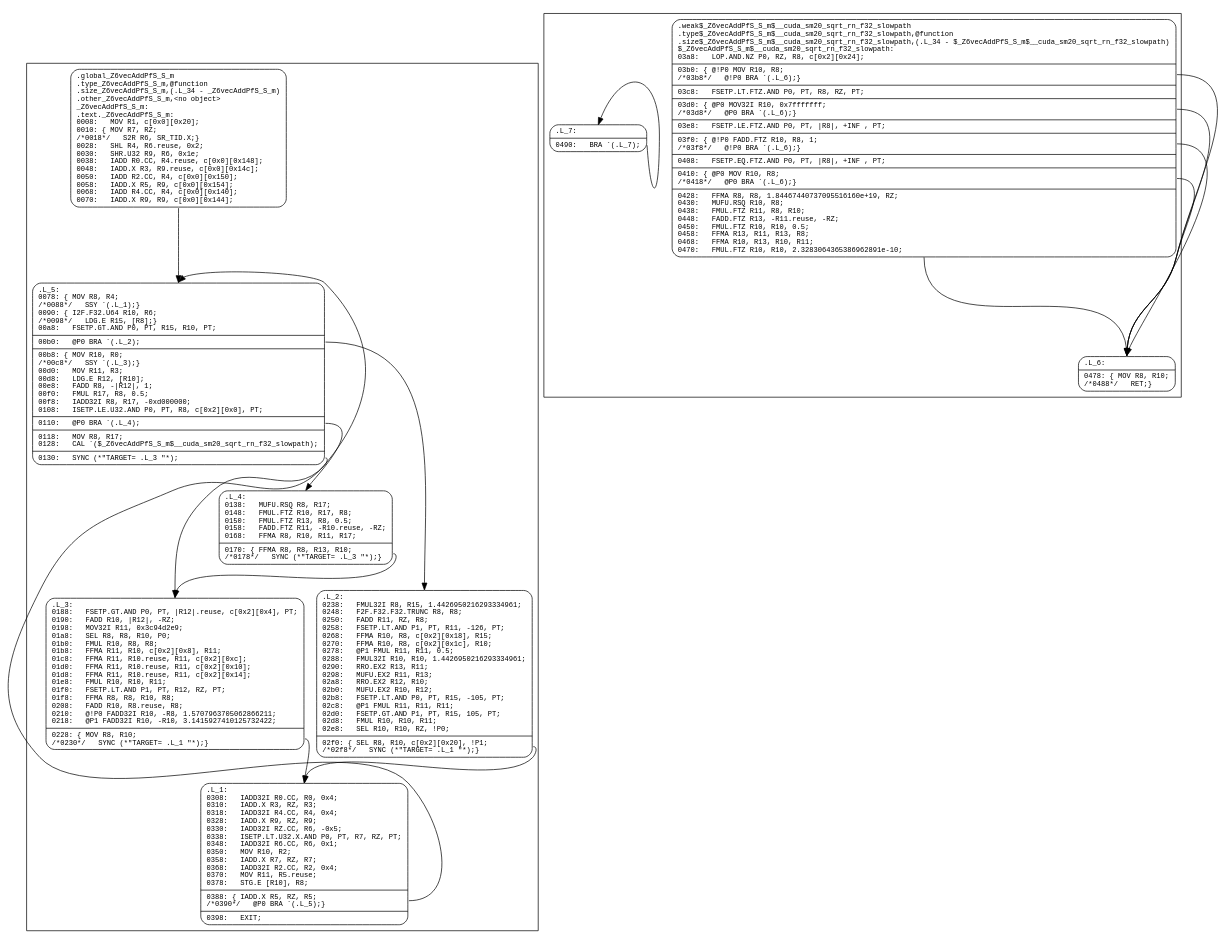
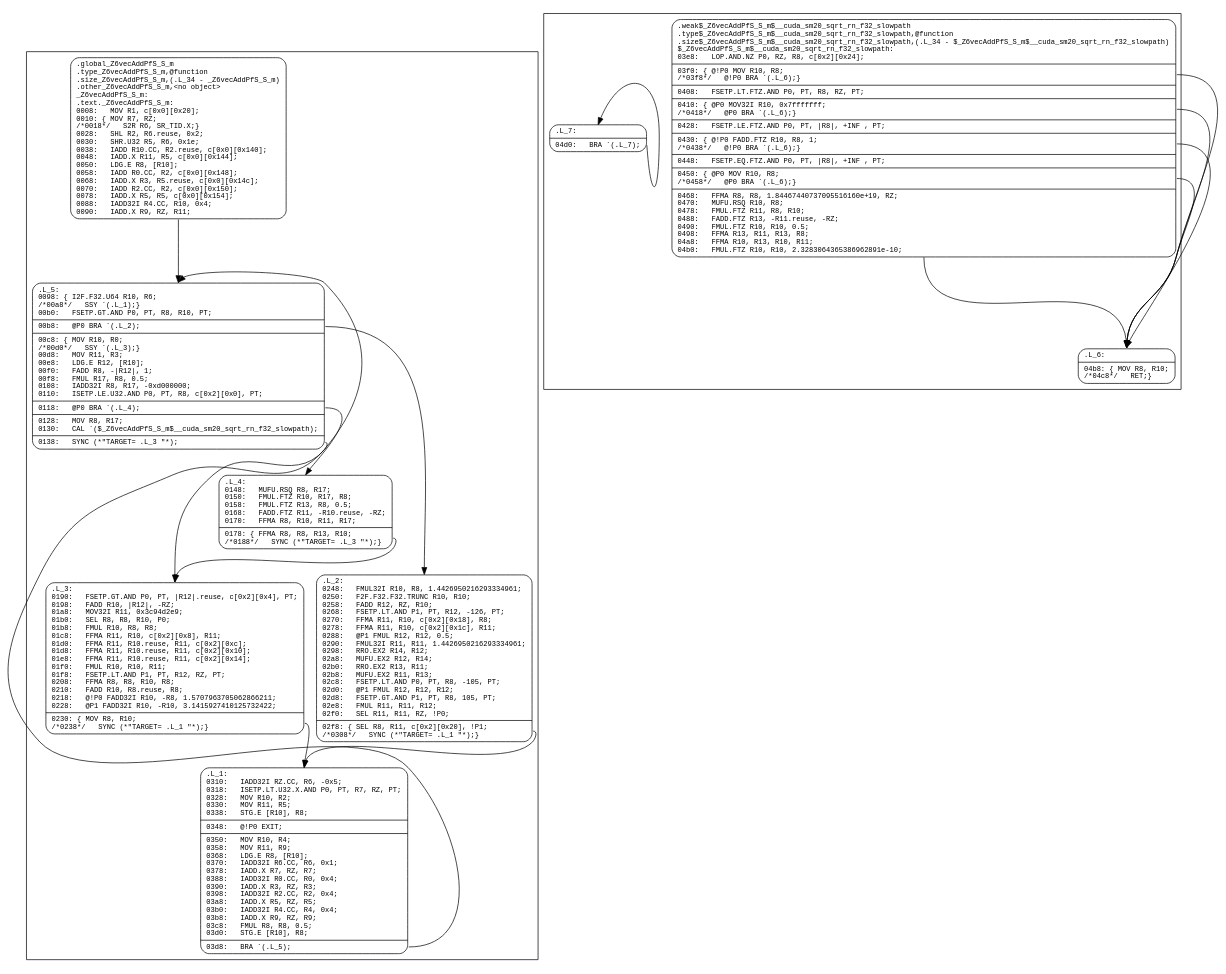
One commit to Jokeren/hpctoolkit-gpu-samples changed the diagram in utils/read_graphviz/data/loop4.dot. Above: the diagram before and after it, drawn with Graphviz. The commit also changed 1 other file, not shown here.

```diff
--- a/utils/read_graphviz/data/loop4.dot
+++ b/utils/read_graphviz/data/loop4.dot
@@ -1,47 +1,47 @@
 digraph f {
 subgraph "cluster__Z6vecAddPfS_S_m" {
 node [fontname="Courier",fontsize=10,shape=Mrecord];
 "_Z6vecAddPfS_S_m"
-[label="{<entry>	.global		_Z6vecAddPfS_S_m\l	.type		_Z6vecAddPfS_S_m,@function\l	.size		_Z6vecAddPfS_S_m,(.L_34\ -\ _Z6vecAddPfS_S_m)\l	.other		_Z6vecAddPfS_S_m,\<no\ object\>\l_Z6vecAddPfS_S_m:\l.text._Z6vecAddPfS_S_m:\l0008:\ \ \ MOV\ R1,\ c\[0x0\]\[0x20\];\l0010:\ \{\ MOV\ R7,\ RZ;\l/*0018*/\ \ \ S2R\ R6,\ SR_TID.X;\}\l0028:\ \ \ SHL\ R4,\ R6.reuse,\ 0x2;\l0030:\ \ \ SHR.U32\ R9,\ R6,\ 0x1e;\l0038:\ \ \ IADD\ R0.CC,\ R4.reuse,\ c\[0x0\]\[0x148\];\l0048:\ \ \ IADD.X\ R3,\ R9.reuse,\ c\[0x0\]\[0x14c\];\l0050:\ \ \ IADD\ R2.CC,\ R4,\ c\[0x0\]\[0x150\];\l0058:\ \ \ IADD.X\ R5,\ R9,\ c\[0x0\]\[0x154\];\l0068:\ \ \ IADD\ R4.CC,\ R4,\ c\[0x0\]\[0x140\];\l0070:\ \ \ IADD.X\ R9,\ R9,\ c\[0x0\]\[0x144\];\l}"]
+[label="{<entry>	.global		_Z6vecAddPfS_S_m\l	.type		_Z6vecAddPfS_S_m,@function\l	.size		_Z6vecAddPfS_S_m,(.L_34\ -\ _Z6vecAddPfS_S_m)\l	.other		_Z6vecAddPfS_S_m,\<no\ object\>\l_Z6vecAddPfS_S_m:\l.text._Z6vecAddPfS_S_m:\l0008:\ \ \ MOV\ R1,\ c\[0x0\]\[0x20\];\l0010:\ \{\ MOV\ R7,\ RZ;\l/*0018*/\ \ \ S2R\ R6,\ SR_TID.X;\}\l0028:\ \ \ SHL\ R2,\ R6.reuse,\ 0x2;\l0030:\ \ \ SHR.U32\ R5,\ R6,\ 0x1e;\l0038:\ \ \ IADD\ R10.CC,\ R2.reuse,\ c\[0x0\]\[0x140\];\l0048:\ \ \ IADD.X\ R11,\ R5,\ c\[0x0\]\[0x144\];\l0050:\ \ \ LDG.E\ R8,\ \[R10\];\l0058:\ \ \ IADD\ R0.CC,\ R2,\ c\[0x0\]\[0x148\];\l0068:\ \ \ IADD.X\ R3,\ R5.reuse,\ c\[0x0\]\[0x14c\];\l0070:\ \ \ IADD\ R2.CC,\ R2,\ c\[0x0\]\[0x150\];\l0078:\ \ \ IADD.X\ R5,\ R5,\ c\[0x0\]\[0x154\];\l0088:\ \ \ IADD32I\ R4.CC,\ R10,\ 0x4;\l0090:\ \ \ IADD.X\ R9,\ RZ,\ R11;\l}"]
 "_Z6vecAddPfS_S_m":entry:s -> ".L_5":entry:n [style=solid];
 node [fontname="Courier",fontsize=10,shape=Mrecord];
 ".L_5"
-[label="{<entry>.L_5:\l0078:\ \{\ MOV\ R8,\ R4;\l/*0088*/\ \ \ SSY\ `(.L_1);\}\l0090:\ \{\ I2F.F32.U64\ R10,\ R6;\l/*0098*/\ \ \ LDG.E\ R15,\ \[R8\];\}\l00a8:\ \ \ FSETP.GT.AND\ P0,\ PT,\ R15,\ R10,\ PT;\l|<exit0>00b0:\ \ \ @P0\ BRA\ `(.L_2);\l|<exitpost0>00b8:\ \{\ MOV\ R10,\ R0;\l/*00c8*/\ \ \ SSY\ `(.L_3);\}\l00d0:\ \ \ MOV\ R11,\ R3;\l00d8:\ \ \ LDG.E\ R12,\ \[R10\];\l00e8:\ \ \ FADD\ R8,\ -\|R12\|,\ 1;\l00f0:\ \ \ FMUL\ R17,\ R8,\ 0.5;\l00f8:\ \ \ IADD32I\ R8,\ R17,\ -0xd000000;\l0108:\ \ \ ISETP.LE.U32.AND\ P0,\ PT,\ R8,\ c\[0x2\]\[0x0\],\ PT;\l|<exit1>0110:\ \ \ @P0\ BRA\ `(.L_4);\l|<exitpost1>0118:\ \ \ MOV\ R8,\ R17;\l0128:\ \ \ CAL\ `($_Z6vecAddPfS_S_m$__cuda_sm20_sqrt_rn_f32_slowpath);\l|<exit2>0130:\ \ \ SYNC\ (*\"TARGET=\ .L_3\ \"*);\l}"]
+[label="{<entry>.L_5:\l0098:\ \{\ I2F.F32.U64\ R10,\ R6;\l/*00a8*/\ \ \ SSY\ `(.L_1);\}\l00b0:\ \ \ FSETP.GT.AND\ P0,\ PT,\ R8,\ R10,\ PT;\l|<exit0>00b8:\ \ \ @P0\ BRA\ `(.L_2);\l|<exitpost0>00c8:\ \{\ MOV\ R10,\ R0;\l/*00d0*/\ \ \ SSY\ `(.L_3);\}\l00d8:\ \ \ MOV\ R11,\ R3;\l00e8:\ \ \ LDG.E\ R12,\ \[R10\];\l00f0:\ \ \ FADD\ R8,\ -\|R12\|,\ 1;\l00f8:\ \ \ FMUL\ R17,\ R8,\ 0.5;\l0108:\ \ \ IADD32I\ R8,\ R17,\ -0xd000000;\l0110:\ \ \ ISETP.LE.U32.AND\ P0,\ PT,\ R8,\ c\[0x2\]\[0x0\],\ PT;\l|<exit1>0118:\ \ \ @P0\ BRA\ `(.L_4);\l|<exitpost1>0128:\ \ \ MOV\ R8,\ R17;\l0130:\ \ \ CAL\ `($_Z6vecAddPfS_S_m$__cuda_sm20_sqrt_rn_f32_slowpath);\l|<exit2>0138:\ \ \ SYNC\ (*\"TARGET=\ .L_3\ \"*);\l}"]
 ".L_5":exit0:e -> ".L_2":entry:n [style=solid];
 ".L_5":exit1:e -> ".L_4":entry:n [style=solid];
 ".L_5":exit2:e -> ".L_3":entry:n [style=solid];
 node [fontname="Courier",fontsize=10,shape=Mrecord];
 ".L_4"
-[label="{<entry>.L_4:\l0138:\ \ \ MUFU.RSQ\ R8,\ R17;\l0148:\ \ \ FMUL.FTZ\ R10,\ R17,\ R8;\l0150:\ \ \ FMUL.FTZ\ R13,\ R8,\ 0.5;\l0158:\ \ \ FADD.FTZ\ R11,\ -R10.reuse,\ -RZ;\l0168:\ \ \ FFMA\ R8,\ R10,\ R11,\ R17;\l|<exit0>0170:\ \{\ FFMA\ R8,\ R8,\ R13,\ R10;\l/*0178*/\ \ \ SYNC\ (*\"TARGET=\ .L_3\ \"*);\}\l}"]
+[label="{<entry>.L_4:\l0148:\ \ \ MUFU.RSQ\ R8,\ R17;\l0150:\ \ \ FMUL.FTZ\ R10,\ R17,\ R8;\l0158:\ \ \ FMUL.FTZ\ R13,\ R8,\ 0.5;\l0168:\ \ \ FADD.FTZ\ R11,\ -R10.reuse,\ -RZ;\l0170:\ \ \ FFMA\ R8,\ R10,\ R11,\ R17;\l|<exit0>0178:\ \{\ FFMA\ R8,\ R8,\ R13,\ R10;\l/*0188*/\ \ \ SYNC\ (*\"TARGET=\ .L_3\ \"*);\}\l}"]
 ".L_4":exit0:e -> ".L_3":entry:n [style=solid];
 node [fontname="Courier",fontsize=10,shape=Mrecord];
 ".L_3"
-[label="{<entry>.L_3:\l0188:\ \ \ FSETP.GT.AND\ P0,\ PT,\ \|R12\|.reuse,\ c\[0x2\]\[0x4\],\ PT;\l0190:\ \ \ FADD\ R10,\ \|R12\|,\ -RZ;\l0198:\ \ \ MOV32I\ R11,\ 0x3c94d2e9;\l01a8:\ \ \ SEL\ R8,\ R8,\ R10,\ P0;\l01b0:\ \ \ FMUL\ R10,\ R8,\ R8;\l01b8:\ \ \ FFMA\ R11,\ R10,\ c\[0x2\]\[0x8\],\ R11;\l01c8:\ \ \ FFMA\ R11,\ R10.reuse,\ R11,\ c\[0x2\]\[0xc\];\l01d0:\ \ \ FFMA\ R11,\ R10.reuse,\ R11,\ c\[0x2\]\[0x10\];\l01d8:\ \ \ FFMA\ R11,\ R10.reuse,\ R11,\ c\[0x2\]\[0x14\];\l01e8:\ \ \ FMUL\ R10,\ R10,\ R11;\l01f0:\ \ \ FSETP.LT.AND\ P1,\ PT,\ R12,\ RZ,\ PT;\l01f8:\ \ \ FFMA\ R8,\ R8,\ R10,\ R8;\l0208:\ \ \ FADD\ R10,\ R8.reuse,\ R8;\l0210:\ \ \ @!P0\ FADD32I\ R10,\ -R8,\ 1.5707963705062866211;\l0218:\ \ \ @P1\ FADD32I\ R10,\ -R10,\ 3.1415927410125732422;\l|<exit0>0228:\ \{\ MOV\ R8,\ R10;\l/*0230*/\ \ \ SYNC\ (*\"TARGET=\ .L_1\ \"*);\}\l}"]
+[label="{<entry>.L_3:\l0190:\ \ \ FSETP.GT.AND\ P0,\ PT,\ \|R12\|.reuse,\ c\[0x2\]\[0x4\],\ PT;\l0198:\ \ \ FADD\ R10,\ \|R12\|,\ -RZ;\l01a8:\ \ \ MOV32I\ R11,\ 0x3c94d2e9;\l01b0:\ \ \ SEL\ R8,\ R8,\ R10,\ P0;\l01b8:\ \ \ FMUL\ R10,\ R8,\ R8;\l01c8:\ \ \ FFMA\ R11,\ R10,\ c\[0x2\]\[0x8\],\ R11;\l01d0:\ \ \ FFMA\ R11,\ R10.reuse,\ R11,\ c\[0x2\]\[0xc\];\l01d8:\ \ \ FFMA\ R11,\ R10.reuse,\ R11,\ c\[0x2\]\[0x10\];\l01e8:\ \ \ FFMA\ R11,\ R10.reuse,\ R11,\ c\[0x2\]\[0x14\];\l01f0:\ \ \ FMUL\ R10,\ R10,\ R11;\l01f8:\ \ \ FSETP.LT.AND\ P1,\ PT,\ R12,\ RZ,\ PT;\l0208:\ \ \ FFMA\ R8,\ R8,\ R10,\ R8;\l0210:\ \ \ FADD\ R10,\ R8.reuse,\ R8;\l0218:\ \ \ @!P0\ FADD32I\ R10,\ -R8,\ 1.5707963705062866211;\l0228:\ \ \ @P1\ FADD32I\ R10,\ -R10,\ 3.1415927410125732422;\l|<exit0>0230:\ \{\ MOV\ R8,\ R10;\l/*0238*/\ \ \ SYNC\ (*\"TARGET=\ .L_1\ \"*);\}\l}"]
 ".L_3":exit0:e -> ".L_1":entry:n [style=solid];
 node [fontname="Courier",fontsize=10,shape=Mrecord];
 ".L_2"
-[label="{<entry>.L_2:\l0238:\ \ \ FMUL32I\ R8,\ R15,\ 1.4426950216293334961;\l0248:\ \ \ F2F.F32.F32.TRUNC\ R8,\ R8;\l0250:\ \ \ FADD\ R11,\ RZ,\ R8;\l0258:\ \ \ FSETP.LT.AND\ P1,\ PT,\ R11,\ -126,\ PT;\l0268:\ \ \ FFMA\ R10,\ R8,\ c\[0x2\]\[0x18\],\ R15;\l0270:\ \ \ FFMA\ R10,\ R8,\ c\[0x2\]\[0x1c\],\ R10;\l0278:\ \ \ @P1\ FMUL\ R11,\ R11,\ 0.5;\l0288:\ \ \ FMUL32I\ R10,\ R10,\ 1.4426950216293334961;\l0290:\ \ \ RRO.EX2\ R13,\ R11;\l0298:\ \ \ MUFU.EX2\ R11,\ R13;\l02a8:\ \ \ RRO.EX2\ R12,\ R10;\l02b0:\ \ \ MUFU.EX2\ R10,\ R12;\l02b8:\ \ \ FSETP.LT.AND\ P0,\ PT,\ R15,\ -105,\ PT;\l02c8:\ \ \ @P1\ FMUL\ R11,\ R11,\ R11;\l02d0:\ \ \ FSETP.GT.AND\ P1,\ PT,\ R15,\ 105,\ PT;\l02d8:\ \ \ FMUL\ R10,\ R10,\ R11;\l02e8:\ \ \ SEL\ R10,\ R10,\ RZ,\ !P0;\l|<exit0>02f0:\ \{\ SEL\ R8,\ R10,\ c\[0x2\]\[0x20\],\ !P1;\l/*02f8*/\ \ \ SYNC\ (*\"TARGET=\ .L_1\ \"*);\}\l}"]
+[label="{<entry>.L_2:\l0248:\ \ \ FMUL32I\ R10,\ R8,\ 1.4426950216293334961;\l0250:\ \ \ F2F.F32.F32.TRUNC\ R10,\ R10;\l0258:\ \ \ FADD\ R12,\ RZ,\ R10;\l0268:\ \ \ FSETP.LT.AND\ P1,\ PT,\ R12,\ -126,\ PT;\l0270:\ \ \ FFMA\ R11,\ R10,\ c\[0x2\]\[0x18\],\ R8;\l0278:\ \ \ FFMA\ R11,\ R10,\ c\[0x2\]\[0x1c\],\ R11;\l0288:\ \ \ @P1\ FMUL\ R12,\ R12,\ 0.5;\l0290:\ \ \ FMUL32I\ R11,\ R11,\ 1.4426950216293334961;\l0298:\ \ \ RRO.EX2\ R14,\ R12;\l02a8:\ \ \ MUFU.EX2\ R12,\ R14;\l02b0:\ \ \ RRO.EX2\ R13,\ R11;\l02b8:\ \ \ MUFU.EX2\ R11,\ R13;\l02c8:\ \ \ FSETP.LT.AND\ P0,\ PT,\ R8,\ -105,\ PT;\l02d0:\ \ \ @P1\ FMUL\ R12,\ R12,\ R12;\l02d8:\ \ \ FSETP.GT.AND\ P1,\ PT,\ R8,\ 105,\ PT;\l02e8:\ \ \ FMUL\ R11,\ R11,\ R12;\l02f0:\ \ \ SEL\ R11,\ R11,\ RZ,\ !P0;\l|<exit0>02f8:\ \{\ SEL\ R8,\ R11,\ c\[0x2\]\[0x20\],\ !P1;\l/*0308*/\ \ \ SYNC\ (*\"TARGET=\ .L_1\ \"*);\}\l}"]
 ".L_2":exit0:e -> ".L_1":entry:n [style=solid];
 node [fontname="Courier",fontsize=10,shape=Mrecord];
 ".L_1"
-[label="{<entry>.L_1:\l0308:\ \ \ IADD32I\ R0.CC,\ R0,\ 0x4;\l0310:\ \ \ IADD.X\ R3,\ RZ,\ R3;\l0318:\ \ \ IADD32I\ R4.CC,\ R4,\ 0x4;\l0328:\ \ \ IADD.X\ R9,\ RZ,\ R9;\l0330:\ \ \ IADD32I\ RZ.CC,\ R6,\ -0x5;\l0338:\ \ \ ISETP.LT.U32.X.AND\ P0,\ PT,\ R7,\ RZ,\ PT;\l0348:\ \ \ IADD32I\ R6.CC,\ R6,\ 0x1;\l0350:\ \ \ MOV\ R10,\ R2;\l0358:\ \ \ IADD.X\ R7,\ RZ,\ R7;\l0368:\ \ \ IADD32I\ R2.CC,\ R2,\ 0x4;\l0370:\ \ \ MOV\ R11,\ R5.reuse;\l0378:\ \ \ STG.E\ \[R10\],\ R8;\l|<exit0>0388:\ \{\ IADD.X\ R5,\ RZ,\ R5;\l/*0390*/\ \ \ @P0\ BRA\ `(.L_5);\}\l|<exit1>0398:\ \ \ EXIT;\l}"]
-".L_1":exit0:e -> ".L_5":entry:n [style=solid];
+[label="{<entry>.L_1:\l0310:\ \ \ IADD32I\ RZ.CC,\ R6,\ -0x5;\l0318:\ \ \ ISETP.LT.U32.X.AND\ P0,\ PT,\ R7,\ RZ,\ PT;\l0328:\ \ \ MOV\ R10,\ R2;\l0330:\ \ \ MOV\ R11,\ R5;\l0338:\ \ \ STG.E\ \[R10\],\ R8;\l|<exit0>0348:\ \ \ @!P0\ EXIT;\l|<exitpost0>0350:\ \ \ MOV\ R10,\ R4;\l0358:\ \ \ MOV\ R11,\ R9;\l0368:\ \ \ LDG.E\ R8,\ \[R10\];\l0370:\ \ \ IADD32I\ R6.CC,\ R6,\ 0x1;\l0378:\ \ \ IADD.X\ R7,\ RZ,\ R7;\l0388:\ \ \ IADD32I\ R0.CC,\ R0,\ 0x4;\l0390:\ \ \ IADD.X\ R3,\ RZ,\ R3;\l0398:\ \ \ IADD32I\ R2.CC,\ R2,\ 0x4;\l03a8:\ \ \ IADD.X\ R5,\ RZ,\ R5;\l03b0:\ \ \ IADD32I\ R4.CC,\ R4,\ 0x4;\l03b8:\ \ \ IADD.X\ R9,\ RZ,\ R9;\l03c8:\ \ \ FMUL\ R8,\ R8,\ 0.5;\l03d0:\ \ \ STG.E\ \[R10\],\ R8;\l|<exit1>03d8:\ \ \ BRA\ `(.L_5);\l}"]
+".L_1":exit1:e -> ".L_5":entry:n [style=solid];
 }
 subgraph "cluster_$_Z6vecAddPfS_S_m$__cuda_sm20_sqrt_rn_f32_slowpath" {
 node [fontname="Courier",fontsize=10,shape=Mrecord];
 "$_Z6vecAddPfS_S_m$__cuda_sm20_sqrt_rn_f32_slowpath"
-[label="{<entry>	.weak		$_Z6vecAddPfS_S_m$__cuda_sm20_sqrt_rn_f32_slowpath\l	.type		$_Z6vecAddPfS_S_m$__cuda_sm20_sqrt_rn_f32_slowpath,@function\l	.size		$_Z6vecAddPfS_S_m$__cuda_sm20_sqrt_rn_f32_slowpath,(.L_34\ -\ $_Z6vecAddPfS_S_m$__cuda_sm20_sqrt_rn_f32_slowpath)\l$_Z6vecAddPfS_S_m$__cuda_sm20_sqrt_rn_f32_slowpath:\l03a8:\ \ \ LOP.AND.NZ\ P0,\ RZ,\ R8,\ c\[0x2\]\[0x24\];\l|<exit0>03b0:\ \{\ @!P0\ MOV\ R10,\ R8;\l/*03b8*/\ \ \ @!P0\ BRA\ `(.L_6);\}\l|<exitpost0>03c8:\ \ \ FSETP.LT.FTZ.AND\ P0,\ PT,\ R8,\ RZ,\ PT;\l|<exit1>03d0:\ \{\ @P0\ MOV32I\ R10,\ 0x7fffffff;\l/*03d8*/\ \ \ @P0\ BRA\ `(.L_6);\}\l|<exitpost1>03e8:\ \ \ FSETP.LE.FTZ.AND\ P0,\ PT,\ \|R8\|,\ +INF\ ,\ PT;\l|<exit2>03f0:\ \{\ @!P0\ FADD.FTZ\ R10,\ R8,\ 1;\l/*03f8*/\ \ \ @!P0\ BRA\ `(.L_6);\}\l|<exitpost2>0408:\ \ \ FSETP.EQ.FTZ.AND\ P0,\ PT,\ \|R8\|,\ +INF\ ,\ PT;\l|<exit3>0410:\ \{\ @P0\ MOV\ R10,\ R8;\l/*0418*/\ \ \ @P0\ BRA\ `(.L_6);\}\l|<exitpost3>0428:\ \ \ FFMA\ R8,\ R8,\ 1.84467440737095516160e+19,\ RZ;\l0430:\ \ \ MUFU.RSQ\ R10,\ R8;\l0438:\ \ \ FMUL.FTZ\ R11,\ R8,\ R10;\l0448:\ \ \ FADD.FTZ\ R13,\ -R11.reuse,\ -RZ;\l0450:\ \ \ FMUL.FTZ\ R10,\ R10,\ 0.5;\l0458:\ \ \ FFMA\ R13,\ R11,\ R13,\ R8;\l0468:\ \ \ FFMA\ R10,\ R13,\ R10,\ R11;\l0470:\ \ \ FMUL.FTZ\ R10,\ R10,\ 2.3283064365386962891e-10;\l}"]
+[label="{<entry>	.weak		$_Z6vecAddPfS_S_m$__cuda_sm20_sqrt_rn_f32_slowpath\l	.type		$_Z6vecAddPfS_S_m$__cuda_sm20_sqrt_rn_f32_slowpath,@function\l	.size		$_Z6vecAddPfS_S_m$__cuda_sm20_sqrt_rn_f32_slowpath,(.L_34\ -\ $_Z6vecAddPfS_S_m$__cuda_sm20_sqrt_rn_f32_slowpath)\l$_Z6vecAddPfS_S_m$__cuda_sm20_sqrt_rn_f32_slowpath:\l03e8:\ \ \ LOP.AND.NZ\ P0,\ RZ,\ R8,\ c\[0x2\]\[0x24\];\l|<exit0>03f0:\ \{\ @!P0\ MOV\ R10,\ R8;\l/*03f8*/\ \ \ @!P0\ BRA\ `(.L_6);\}\l|<exitpost0>0408:\ \ \ FSETP.LT.FTZ.AND\ P0,\ PT,\ R8,\ RZ,\ PT;\l|<exit1>0410:\ \{\ @P0\ MOV32I\ R10,\ 0x7fffffff;\l/*0418*/\ \ \ @P0\ BRA\ `(.L_6);\}\l|<exitpost1>0428:\ \ \ FSETP.LE.FTZ.AND\ P0,\ PT,\ \|R8\|,\ +INF\ ,\ PT;\l|<exit2>0430:\ \{\ @!P0\ FADD.FTZ\ R10,\ R8,\ 1;\l/*0438*/\ \ \ @!P0\ BRA\ `(.L_6);\}\l|<exitpost2>0448:\ \ \ FSETP.EQ.FTZ.AND\ P0,\ PT,\ \|R8\|,\ +INF\ ,\ PT;\l|<exit3>0450:\ \{\ @P0\ MOV\ R10,\ R8;\l/*0458*/\ \ \ @P0\ BRA\ `(.L_6);\}\l|<exitpost3>0468:\ \ \ FFMA\ R8,\ R8,\ 1.84467440737095516160e+19,\ RZ;\l0470:\ \ \ MUFU.RSQ\ R10,\ R8;\l0478:\ \ \ FMUL.FTZ\ R11,\ R8,\ R10;\l0488:\ \ \ FADD.FTZ\ R13,\ -R11.reuse,\ -RZ;\l0490:\ \ \ FMUL.FTZ\ R10,\ R10,\ 0.5;\l0498:\ \ \ FFMA\ R13,\ R11,\ R13,\ R8;\l04a8:\ \ \ FFMA\ R10,\ R13,\ R10,\ R11;\l04b0:\ \ \ FMUL.FTZ\ R10,\ R10,\ 2.3283064365386962891e-10;\l}"]
 "$_Z6vecAddPfS_S_m$__cuda_sm20_sqrt_rn_f32_slowpath":exit0:e -> ".L_6":entry:n [style=solid];
 "$_Z6vecAddPfS_S_m$__cuda_sm20_sqrt_rn_f32_slowpath":exit1:e -> ".L_6":entry:n [style=solid];
 "$_Z6vecAddPfS_S_m$__cuda_sm20_sqrt_rn_f32_slowpath":exit2:e -> ".L_6":entry:n [style=solid];
 "$_Z6vecAddPfS_S_m$__cuda_sm20_sqrt_rn_f32_slowpath":exit3:e -> ".L_6":entry:n [style=solid];
 "$_Z6vecAddPfS_S_m$__cuda_sm20_sqrt_rn_f32_slowpath":exitpost3:s -> ".L_6":entry:n [style=solid];
 node [fontname="Courier",fontsize=10,shape=Mrecord];
 ".L_6"
-[label="{<entry>.L_6:\l|<exit0>0478:\ \{\ MOV\ R8,\ R10;\l/*0488*/\ \ \ RET;\}\l}"]
+[label="{<entry>.L_6:\l|<exit0>04b8:\ \{\ MOV\ R8,\ R10;\l/*04c8*/\ \ \ RET;\}\l}"]
 node [fontname="Courier",fontsize=10,shape=Mrecord];
 ".L_7"
-[label="{<entry>.L_7:\l|<exit0>0490:\ \ \ BRA\ `(.L_7);\l}"]
+[label="{<entry>.L_7:\l|<exit0>04d0:\ \ \ BRA\ `(.L_7);\l}"]
 ".L_7":exit0:e -> ".L_7":entry:n [style=solid];
 }
 }
```
